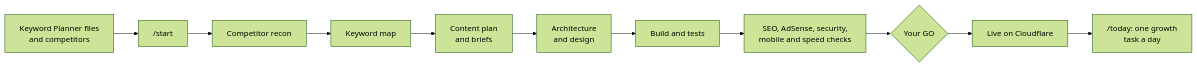
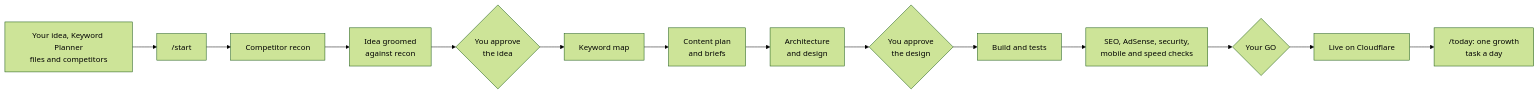
Before and after one commit to AhsanKhaan/aksitekit: the diagram in README.md, drawn with Mermaid (forest theme). The commit also changed other lines of this file and 25 other files, not shown here.

````diff
--- a/README.md
+++ b/README.md
@@ -64,13 +65,16 @@
 ```mermaid
 flowchart LR
-  A[Keyword Planner files<br>and competitors] --> B["/start"]
+  A[Your idea, Keyword Planner<br>files and competitors] --> B["/start"]
   B --> C[Competitor recon]
-  C --> D[Keyword map]
+  C --> C2[Idea groomed<br>against recon]
+  C2 --> C3{You approve<br>the idea}
+  C3 --> D[Keyword map]
   D --> E[Content plan<br>and briefs]
   E --> F[Architecture<br>and design]
-  F --> G[Build and tests]
+  F --> F2{You approve<br>the design}
+  F2 --> G[Build and tests]
   G --> H[SEO, AdSense, security,<br>mobile and speed checks]
   H --> I{Your GO}
   I --> J[Live on Cloudflare]
   J --> K["/today: one growth<br>task a day"]
 ```
````
